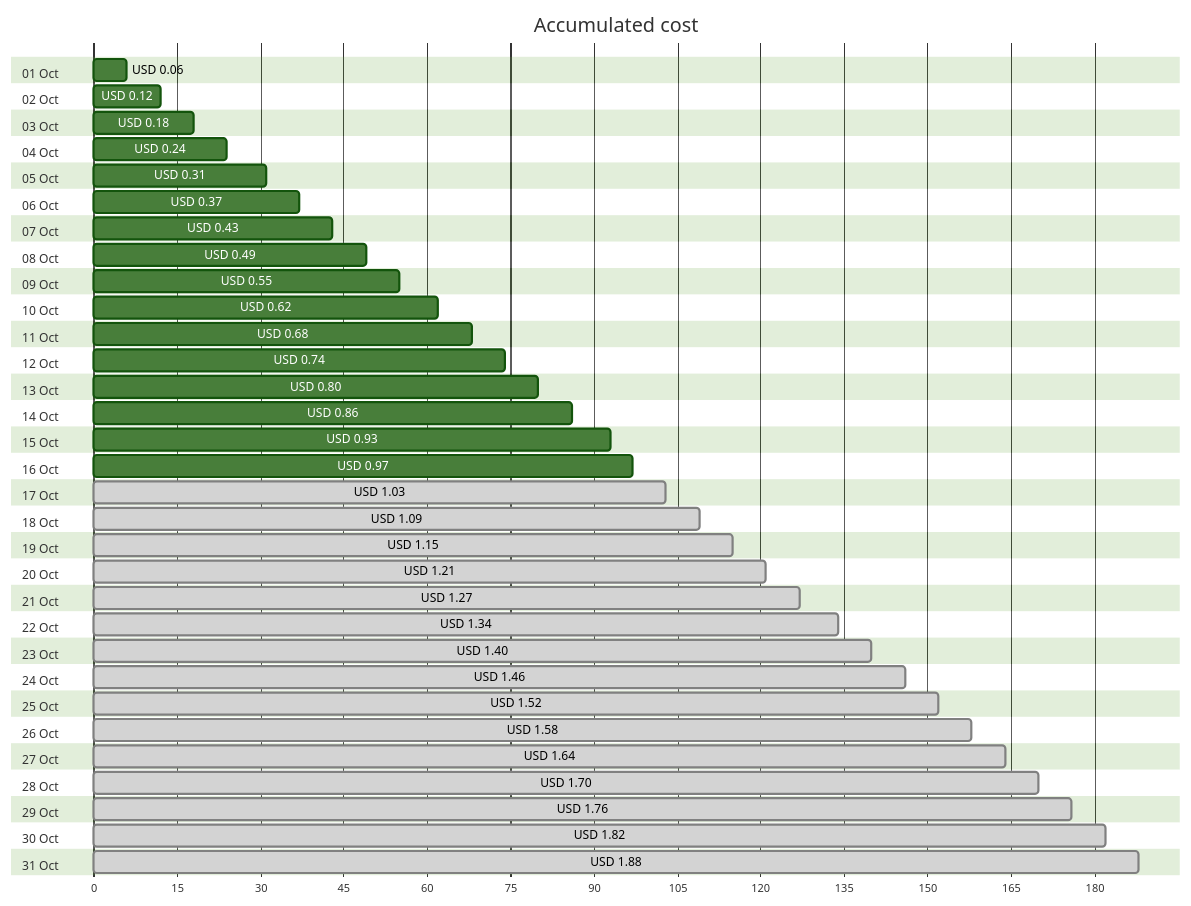
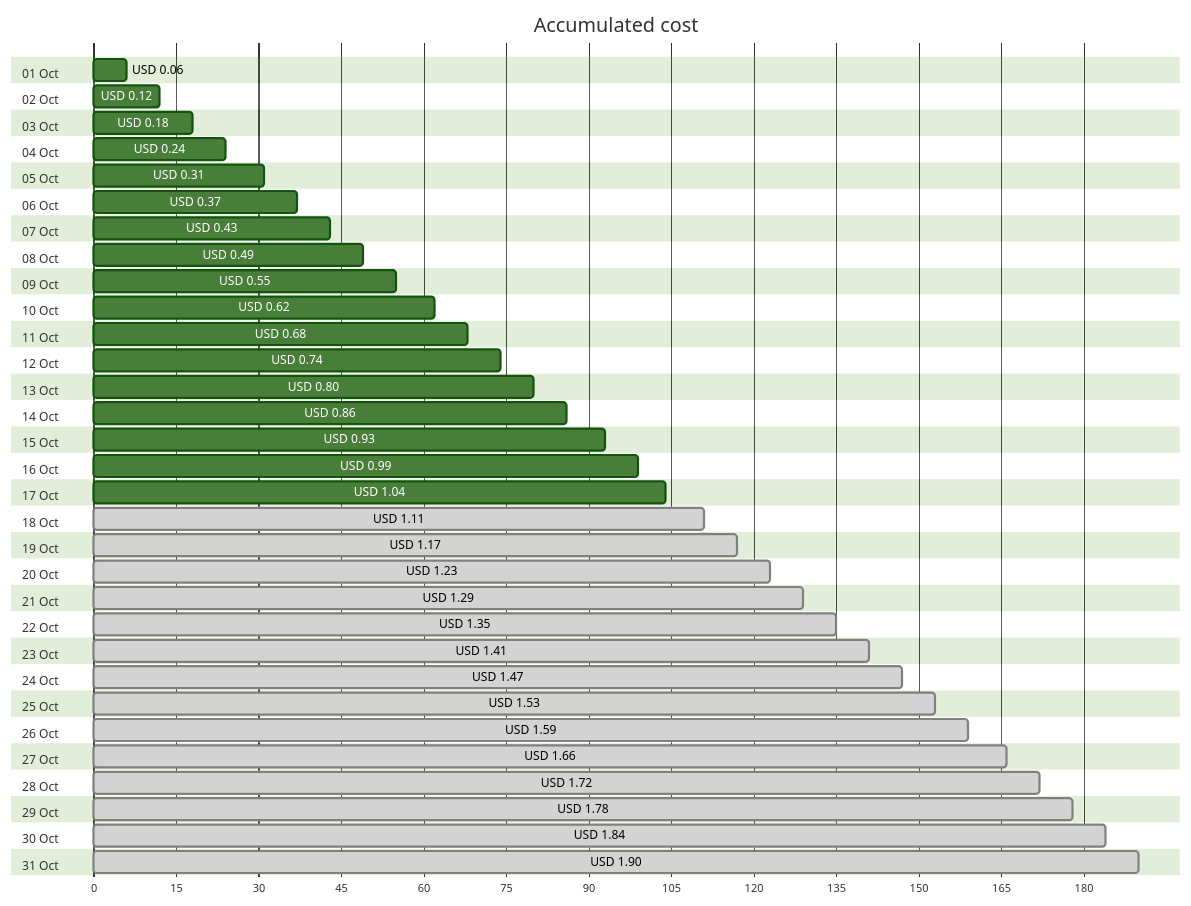
Before and after one commit to jpfulton/azure-personal-reports: the first of 4 diagrams in cost-reports/personal-network/backup-server_OsDisk.md, drawn with Mermaid (forest theme). The commit also changed other lines of this file and 8 other files, not shown here.

````diff
--- a/cost-reports/personal-network/backup-server_OsDisk.md
+++ b/cost-reports/personal-network/backup-server_OsDisk.md
@@ -20,68 +20,68 @@
 ```mermaid
 gantt
    title Accumulated cost
    dateFormat  X
    axisFormat %s
    section 01 Oct
    USD 0.06 :0, 6
    section 02 Oct
    USD 0.12 :0, 12
    section 03 Oct
    USD 0.18 :0, 18
    section 04 Oct
    USD 0.24 :0, 24
    section 05 Oct
    USD 0.31 :0, 31
    section 06 Oct
    USD 0.37 :0, 37
    section 07 Oct
    USD 0.43 :0, 43
    section 08 Oct
    USD 0.49 :0, 49
    section 09 Oct
    USD 0.55 :0, 55
    section 10 Oct
    USD 0.62 :0, 62
    section 11 Oct
    USD 0.68 :0, 68
    section 12 Oct
    USD 0.74 :0, 74
    section 13 Oct
    USD 0.80 :0, 80
    section 14 Oct
    USD 0.86 :0, 86
    section 15 Oct
    USD 0.93 :0, 93
    section 16 Oct
-   USD 0.97 :0, 97
+   USD 0.99 :0, 99
    section 17 Oct
-   USD 1.03 : done, 0, 103
+   USD 1.04 :0, 104
    section 18 Oct
-   USD 1.09 : done, 0, 109
+   USD 1.11 : done, 0, 111
    section 19 Oct
-   USD 1.15 : done, 0, 115
+   USD 1.17 : done, 0, 117
    section 20 Oct
-   USD 1.21 : done, 0, 121
+   USD 1.23 : done, 0, 123
    section 21 Oct
-   USD 1.27 : done, 0, 127
+   USD 1.29 : done, 0, 129
    section 22 Oct
-   USD 1.34 : done, 0, 134
+   USD 1.35 : done, 0, 135
    section 23 Oct
-   USD 1.40 : done, 0, 140
+   USD 1.41 : done, 0, 141
    section 24 Oct
-   USD 1.46 : done, 0, 146
+   USD 1.47 : done, 0, 147
    section 25 Oct
-   USD 1.52 : done, 0, 152
+   USD 1.53 : done, 0, 153
    section 26 Oct
-   USD 1.58 : done, 0, 158
+   USD 1.59 : done, 0, 159
    section 27 Oct
-   USD 1.64 : done, 0, 164
+   USD 1.66 : done, 0, 166
    section 28 Oct
-   USD 1.70 : done, 0, 170
+   USD 1.72 : done, 0, 172
    section 29 Oct
-   USD 1.76 : done, 0, 176
+   USD 1.78 : done, 0, 178
    section 30 Oct
-   USD 1.82 : done, 0, 182
+   USD 1.84 : done, 0, 184
    section 31 Oct
-   USD 1.88 : done, 0, 188
+   USD 1.90 : done, 0, 190
 ```
````
